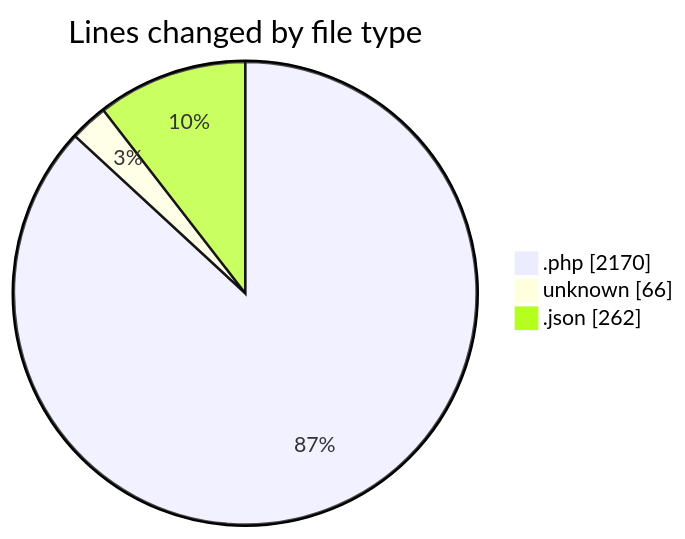
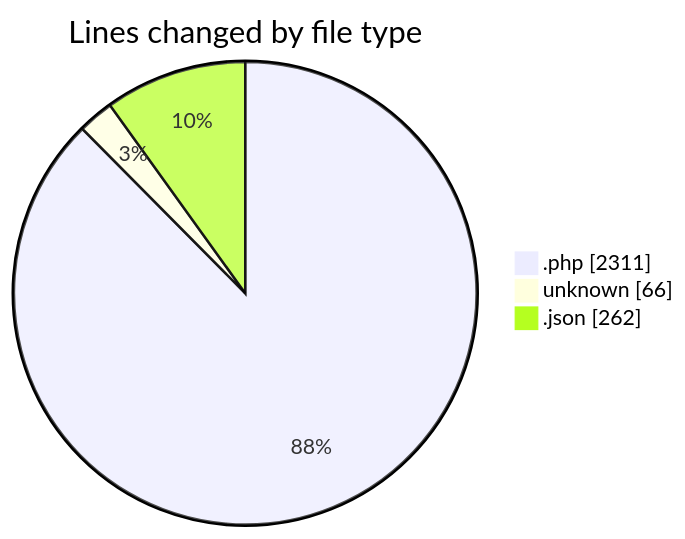
One commit to idhammustaqopulfikri/code-tracking changed the first of 2 diagrams in 2025-10-05/lapangan-futsal/README.md. Above: the diagram before and after it, drawn with Mermaid. The commit also changed other lines of this file and 1 other file, not shown here.

````diff
--- a/2025-10-05/lapangan-futsal/README.md
+++ b/2025-10-05/lapangan-futsal/README.md
@@ -43,7 +44,7 @@
 ```mermaid
 pie showData
 title Lines changed by file type
-".php" : 2170
+".php" : 2311
 "unknown" : 66
 ".json" : 262
 ```
````
